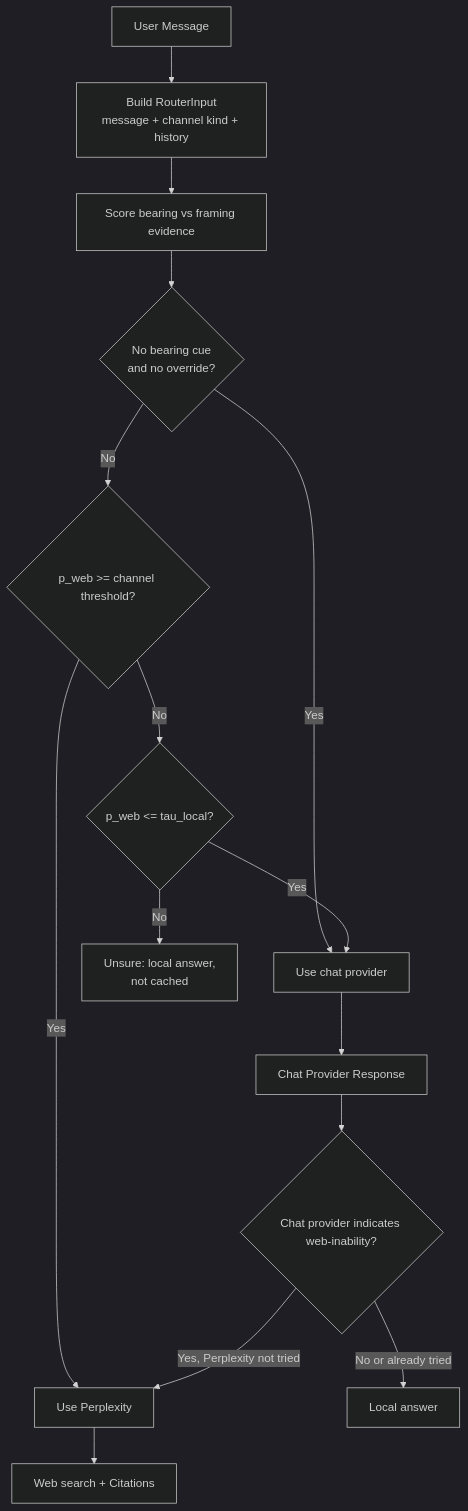
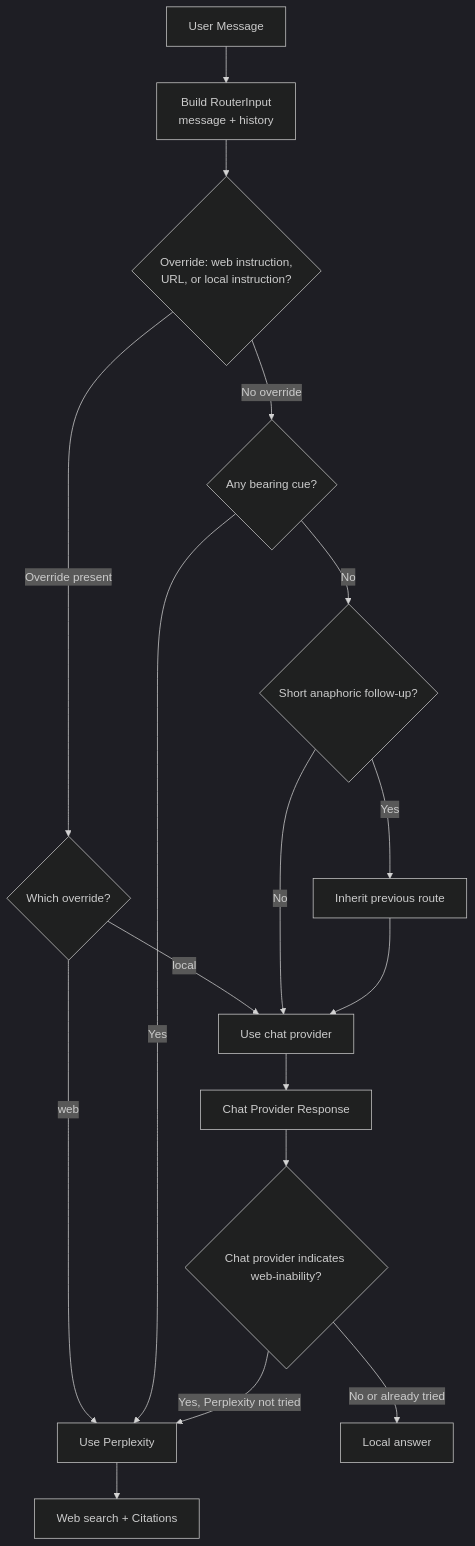
One commit to johndotpub/DiscordianAI changed the diagram in docs/README.md. Above: the diagram before and after it, drawn with Mermaid (dark theme). The commit also changed 3 other files, not shown here.

````diff
--- a/docs/README.md
+++ b/docs/README.md
@@ -46,23 +46,24 @@
 ```mermaid
 flowchart TD
     A[User Message] --> S[Build RouterInput
-message + channel kind + history]
-    S --> D[Score bearing vs framing evidence]
-    D --> G{No bearing cue
-and no override?}
-    G -->|Yes| J[Use chat provider]
-    G -->|No| T{p_web >= channel threshold?}
-    T -->|Yes| F[Use Perplexity]
-    T -->|No| L{p_web <= tau_local?}
-    L -->|Yes| J
-    L -->|No| U[Unsure: local answer,
-not cached]
+message + history]
+    S --> C{Override: web instruction,
+URL, or local instruction?}
+    C -->|Override present| V{Which override?}
+    V -->|web| F[Use Perplexity]
+    V -->|local| J[Use chat provider]
+    C -->|No override| G{Any bearing cue?}
+    G -->|Yes| F
+    G -->|No| H{Short anaphoric follow-up?}
+    H -->|Yes| I[Inherit previous route]
+    H -->|No| J[Use chat provider]
+    I --> J
 
     %% Chat path includes a web-inability check that can reroute to Perplexity once
     J --> O[Chat Provider Response]
     O --> WI{Chat provider indicates web-inability?}
     WI -->|Yes, Perplexity not tried| F
     WI -->|No or already tried| M[Local answer]
 
     F --> L2[Web search + Citations]
 ```
````
